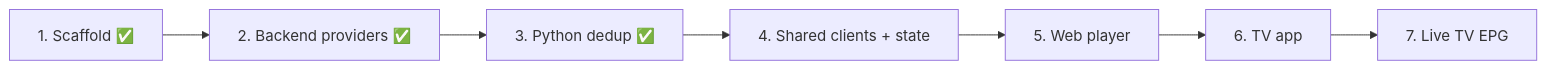
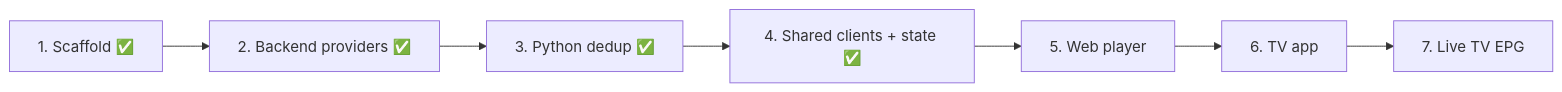
Before and after one commit to brunoccst/iptv-player: the diagram in documentation/NEXT-STEPS.md, drawn with Mermaid. The commit also changed other lines of this file and 63 other files, not shown here.

````diff
--- a/documentation/NEXT-STEPS.md
+++ b/documentation/NEXT-STEPS.md
@@ -7,5 +7,5 @@
 ```mermaid
 flowchart LR
-  S1[1. Scaffold ✅] --> S2[2. Backend providers ✅] --> S3[3. Python dedup ✅] --> S4[4. Shared clients + state]
+  S1[1. Scaffold ✅] --> S2[2. Backend providers ✅] --> S3[3. Python dedup ✅] --> S4[4. Shared clients + state ✅]
   S4 --> S5[5. Web player] --> S6[6. TV app] --> S7[7. Live TV EPG]
 ```
````
